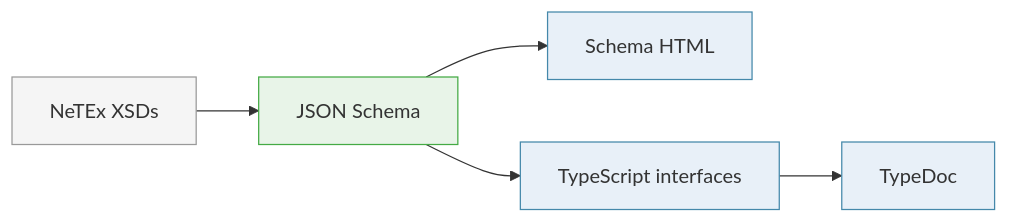
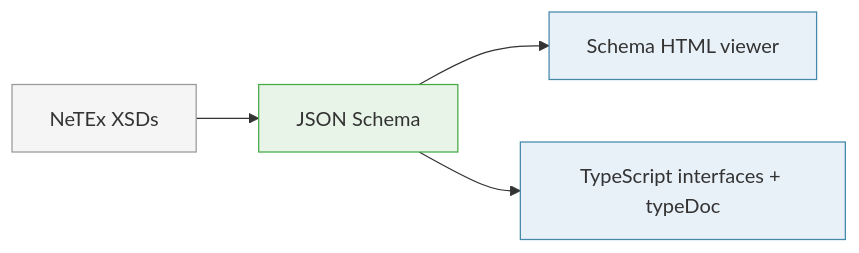
One commit to entur/netex-typescript-model changed the diagram in README.md. Above: the diagram before and after it, drawn with Mermaid.

Commit message:
update README content
moved chart

````diff
--- a/README.md
+++ b/README.md
@@ -58,13 +9,12 @@
 ```mermaid
 graph LR
     XSD[NeTEx XSDs] --> JS[JSON Schema]
-    JS --> HTML[Schema HTML]
-    JS --> TS[TypeScript interfaces]
-    TS --> DOC[TypeDoc]
+    JS --> HTML[Schema HTML viewer]
+    JS --> TS[TypeScript interfaces + typeDoc]
 
     style XSD fill:#f5f5f5,stroke:#999
     style JS fill:#e8f4e8,stroke:#4a4
     style HTML fill:#e8f0f8,stroke:#48a
     style TS fill:#e8f0f8,stroke:#48a
-    style DOC fill:#e8f0f8,stroke:#48a
+  
 ```
````
